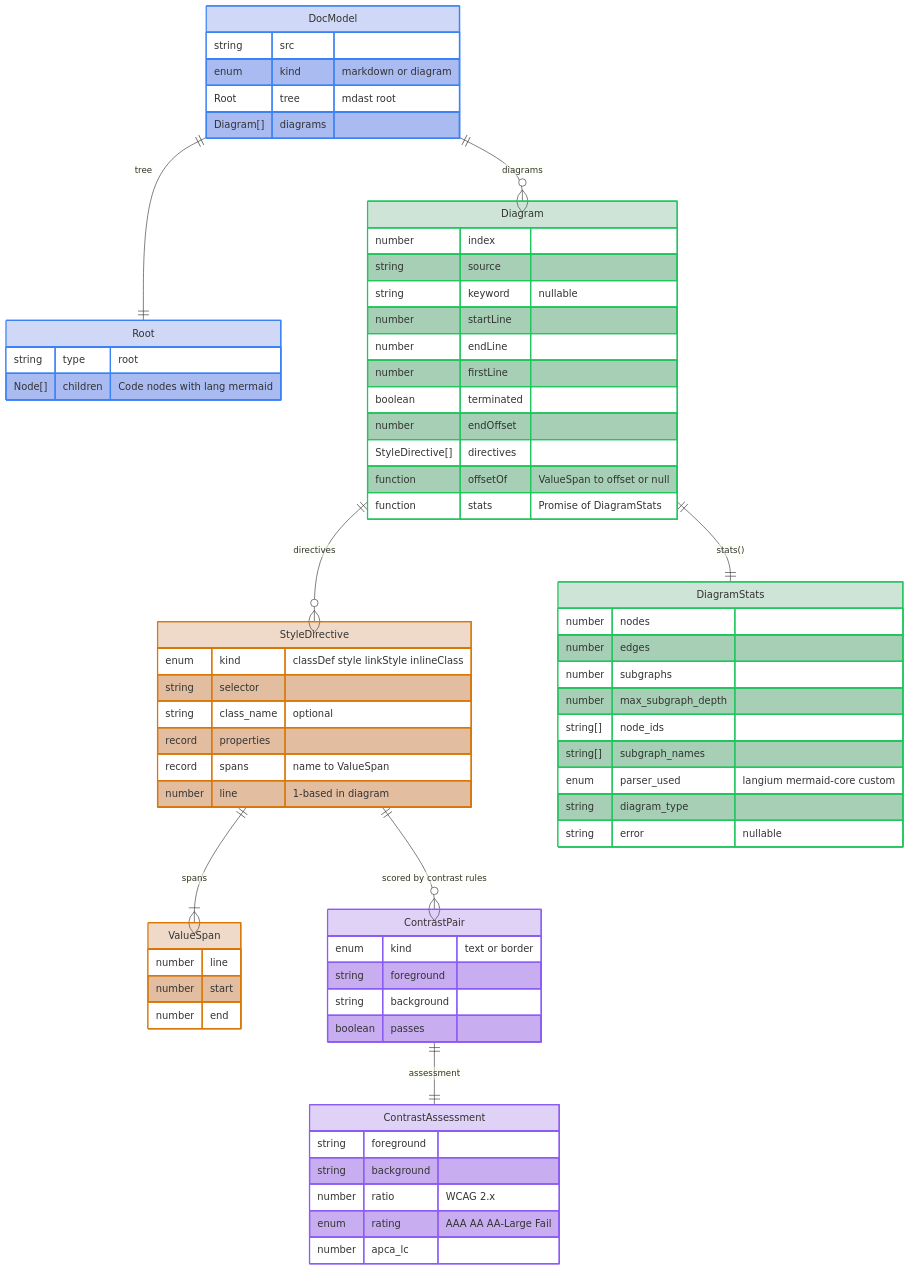
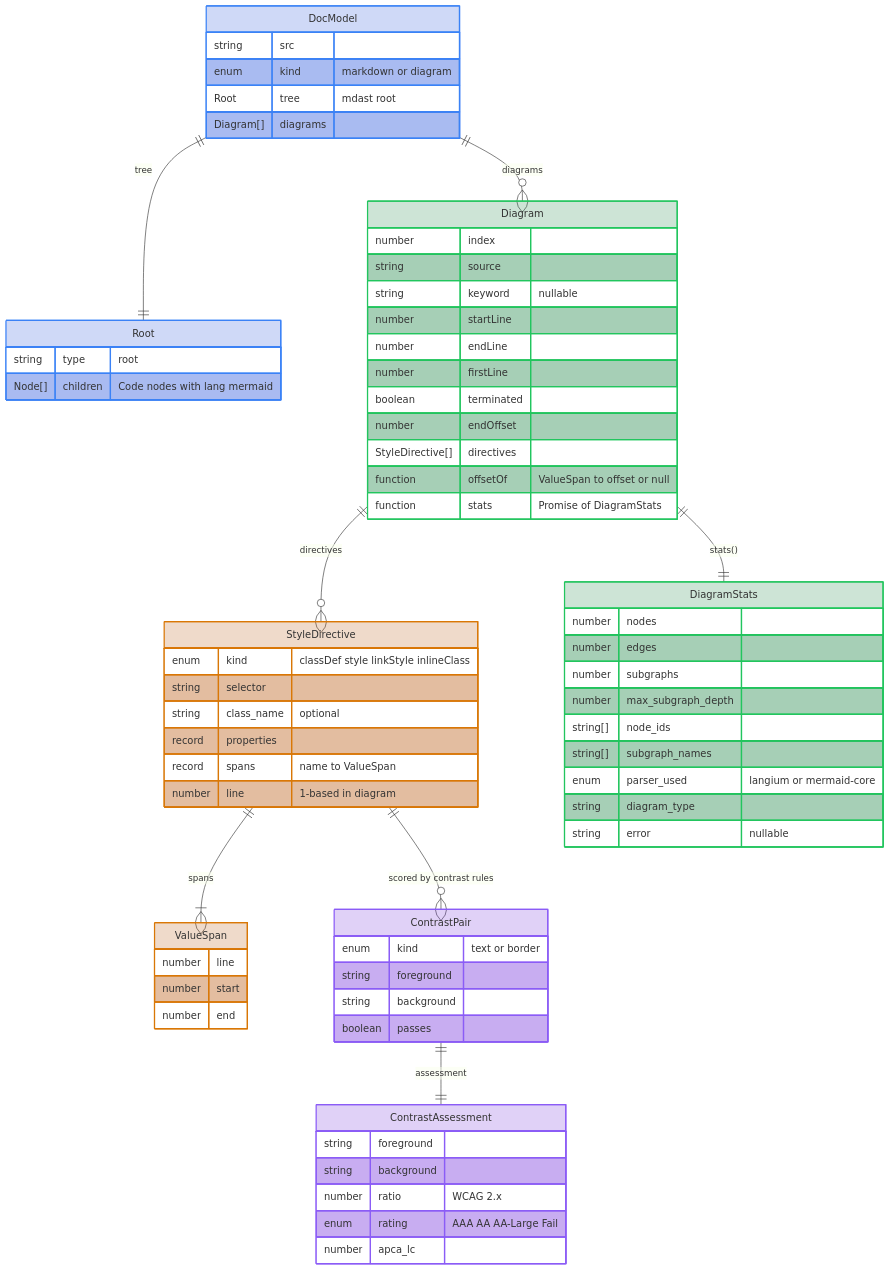
The diagram in docs-site/diagrams/document-model-detail.md (jpeakai/jpai-mermaidjs-lint), drawn with Mermaid before and after one commit. The commit also changed 63 other files, not shown here.

````diff
--- a/docs-site/diagrams/document-model-detail.md
+++ b/docs-site/diagrams/document-model-detail.md
@@ -1,80 +1,80 @@
 ```mermaid
 erDiagram
     DocModel ||--|| Root : "tree"
     DocModel ||--o{ Diagram : "diagrams"
     Diagram ||--o{ StyleDirective : "directives"
     StyleDirective ||--|{ ValueSpan : "spans"
     Diagram ||--|| DiagramStats : "stats()"
     StyleDirective ||--o{ ContrastPair : "scored by contrast rules"
     ContrastPair ||--|| ContrastAssessment : "assessment"
 
     DocModel {
         string src
         enum kind "markdown or diagram"
         Root tree "mdast root"
         Diagram[] diagrams
     }
     Root {
         string type "root"
         Node[] children "Code nodes with lang mermaid"
     }
     Diagram {
         number index
         string source
         string keyword "nullable"
         number startLine
         number endLine
         number firstLine
         boolean terminated
         number endOffset
         StyleDirective[] directives
         function offsetOf "ValueSpan to offset or null"
         function stats "Promise of DiagramStats"
     }
     StyleDirective {
         enum kind "classDef style linkStyle inlineClass"
         string selector
         string class_name "optional"
         record properties
         record spans "name to ValueSpan"
         number line "1-based in diagram"
     }
     ValueSpan {
         number line
         number start
         number end
     }
     DiagramStats {
         number nodes
         number edges
         number subgraphs
         number max_subgraph_depth
         string[] node_ids
         string[] subgraph_names
-        enum parser_used "langium mermaid-core custom"
+        enum parser_used "langium or mermaid-core"
         string diagram_type
         string error "nullable"
     }
     ContrastPair {
         enum kind "text or border"
         string foreground
         string background
         boolean passes
     }
     ContrastAssessment {
         string foreground
         string background
         number ratio "WCAG 2.x"
         enum rating "AAA AA AA-Large Fail"
         number apca_lc
     }
 
     classDef docTint fill:#1d4ed836,stroke:#3b82f6,stroke-width:2px
     classDef diagramTint fill:#15803d36,stroke:#22c55e,stroke-width:2px
     classDef styleTint fill:#b4530936,stroke:#d97706,stroke-width:2px
     classDef scoreTint fill:#6d28d936,stroke:#8b5cf6,stroke-width:2px
     class DocModel,Root docTint
     class Diagram,DiagramStats diagramTint
     class StyleDirective,ValueSpan styleTint
     class ContrastPair,ContrastAssessment scoreTint
 ```
````
